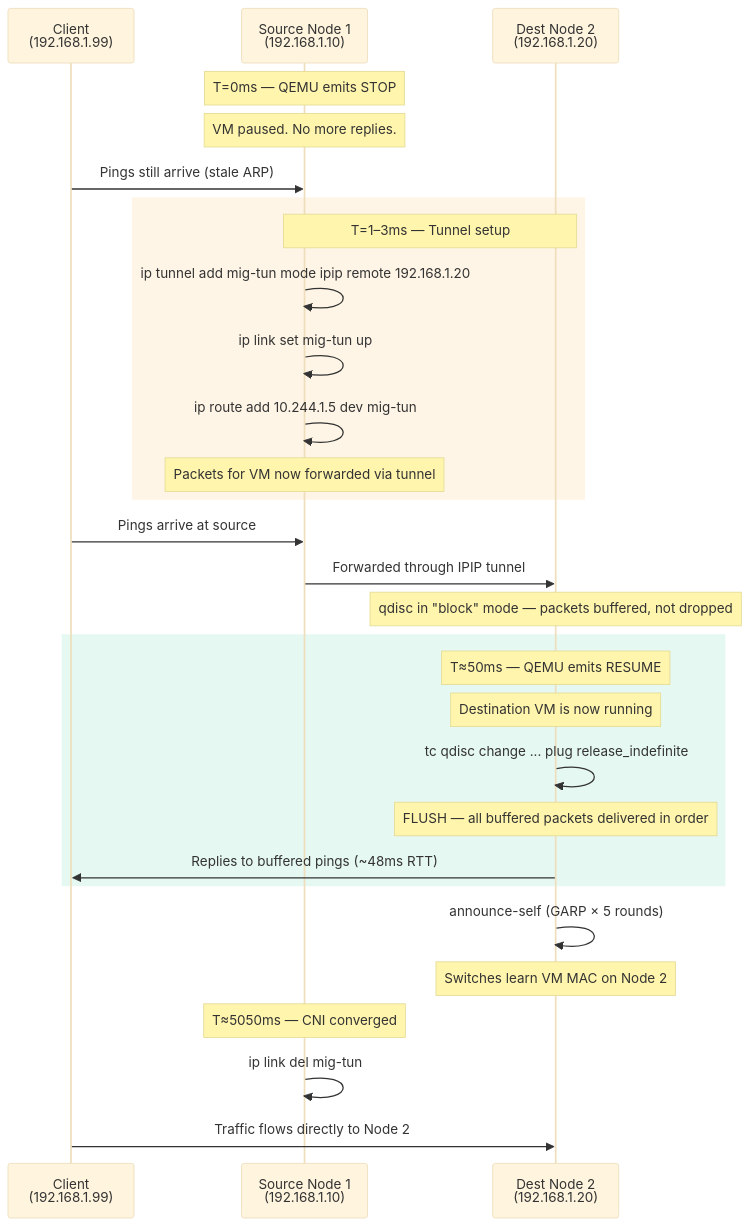
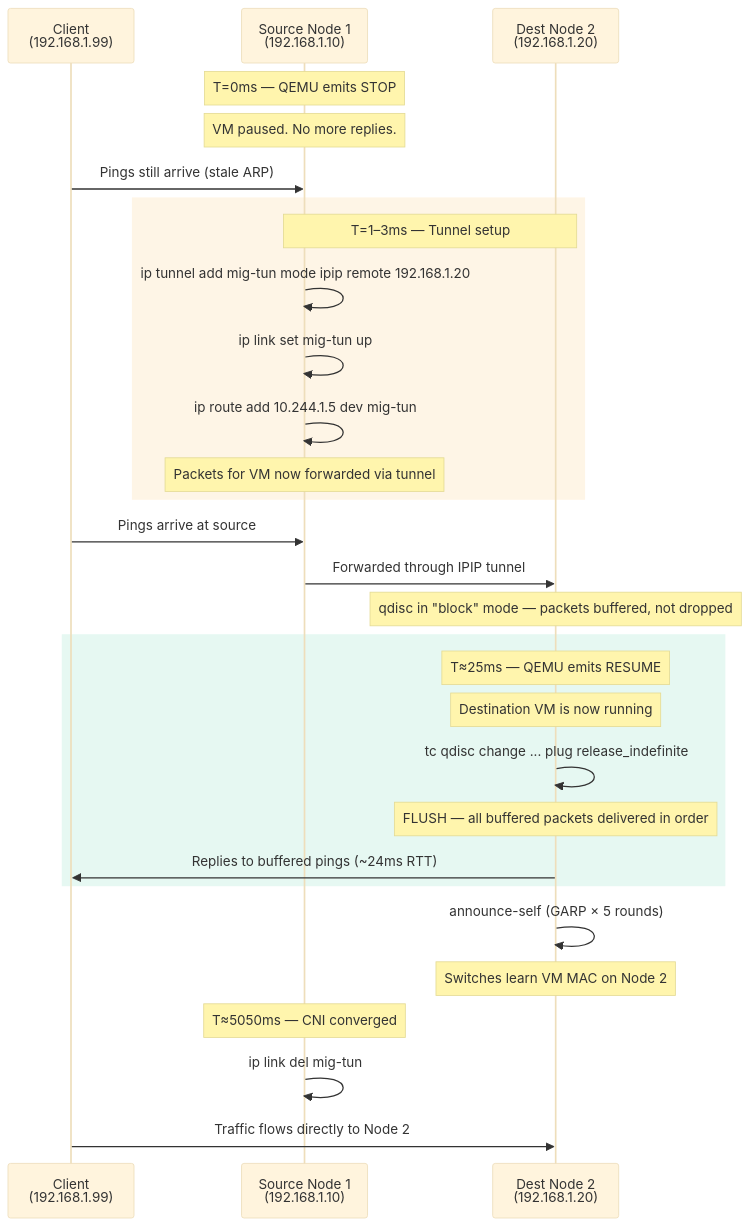
Before and after one commit to maci0/katamaran: the second of 3 diagrams in docs/TESTING.md, drawn with Mermaid (base theme). The commit also changed other lines of this file and 57 other files, not shown here.

````diff
--- a/docs/TESTING.md
+++ b/docs/TESTING.md
@@ -300,37 +344,37 @@
 ```mermaid
 sequenceDiagram
     participant C as Client<br/>(192.168.1.99)
     participant S as Source Node 1<br/>(192.168.1.10)
     participant D as Dest Node 2<br/>(192.168.1.20)
 
     Note over S: T=0ms — QEMU emits STOP
     Note over S: VM paused. No more replies.
     C->>S: Pings still arrive (stale ARP)
 
     rect rgb(245, 158, 11, 0.1)
     Note over S,D: T=1–3ms — Tunnel setup
     S->>S: ip tunnel add mig-tun mode ipip remote 192.168.1.20
     S->>S: ip link set mig-tun up
     S->>S: ip route add 10.244.1.5 dev mig-tun
     Note over S: Packets for VM now forwarded via tunnel
     end
 
     C->>S: Pings arrive at source
     S->>D: Forwarded through IPIP tunnel
     Note over D: qdisc in "block" mode — packets buffered, not dropped
 
     rect rgb(16, 185, 129, 0.1)
-    Note over D: T≈50ms — QEMU emits RESUME
+    Note over D: T≈25ms — QEMU emits RESUME
     Note over D: Destination VM is now running
     D->>D: tc qdisc change ... plug release_indefinite
     Note over D: FLUSH — all buffered packets delivered in order
-    D->>C: Replies to buffered pings (~48ms RTT)
+    D->>C: Replies to buffered pings (~24ms RTT)
     end
 
     D->>D: announce-self (GARP × 5 rounds)
     Note over D: Switches learn VM MAC on Node 2
 
     Note over S: T≈5050ms — CNI converged
     S->>S: ip link del mig-tun
     C->>D: Traffic flows directly to Node 2
 ```
````
